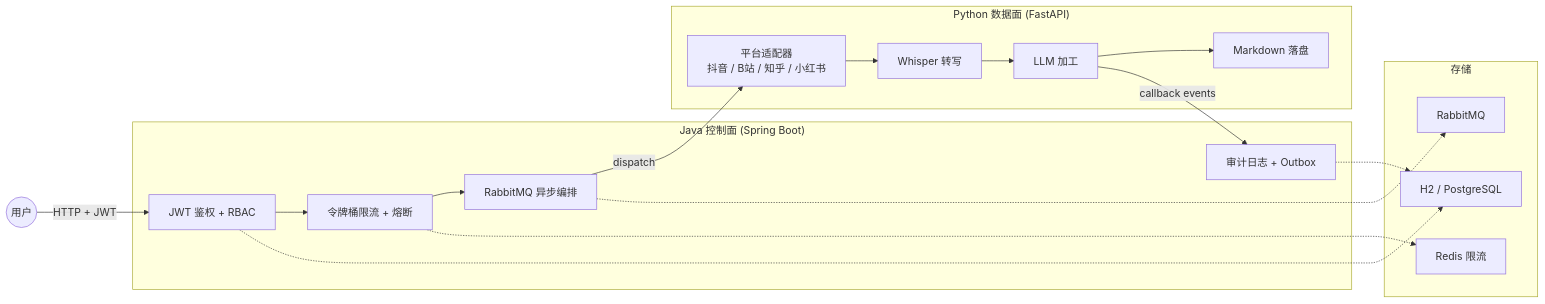
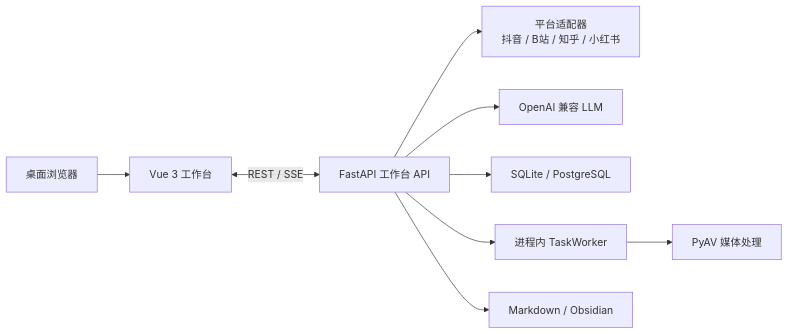
Before and after one commit to CT-progress/zhiji: the diagram in README.md, drawn with Mermaid. The commit also changed other lines of this file and 23 other files, not shown here.

````diff
--- a/README.md
+++ b/README.md
@@ -9,31 +7,11 @@
 ```mermaid
-graph LR
-  subgraph Control["Java 控制面 (Spring Boot)"]
-    Auth["JWT 鉴权 + RBAC"]
-    Rate["令牌桶限流 + 熔断"]
-    MQ["RabbitMQ 异步编排"]
-    Audit["审计日志 + Outbox"]
-  end
-  subgraph Data["Python 数据面 (FastAPI)"]
-    Adapter["平台适配器<br/>抖音 / B站 / 知乎 / 小红书"]
-    ASR["Whisper 转写"]
-    LLM["LLM 加工"]
-    Writer["Markdown 落盘"]
-  end
-  subgraph Store["存储"]
-    H2["H2 / PostgreSQL"]
-    Redis["Redis 限流"]
-    Rabbit["RabbitMQ"]
-  end
-
-  User(("用户")) -->|HTTP + JWT| Auth
-  Auth --> Rate
-  Rate --> MQ
-  MQ -->|dispatch| Adapter
-  Adapter --> ASR --> LLM --> Writer
-  LLM -->|callback events| Audit
-  MQ -.-> Rabbit
-  Rate -.-> Redis
-  Auth -.-> H2
-  Audit -.-> H2
+flowchart LR
+  Browser["桌面浏览器"] --> Vue["Vue 3 工作台"]
+  Vue <-->|REST / SSE| API["FastAPI 工作台 API"]
+  API --> Adapters["平台适配器<br/>抖音 / B站 / 知乎 / 小红书"]
+  API --> LLM["OpenAI 兼容 LLM"]
+  API --> DB["SQLite / PostgreSQL"]
+  API --> Worker["进程内 TaskWorker"]
+  Worker --> Media["PyAV 媒体处理"]
+  API --> Output["Markdown / Obsidian"]
 ```
````
